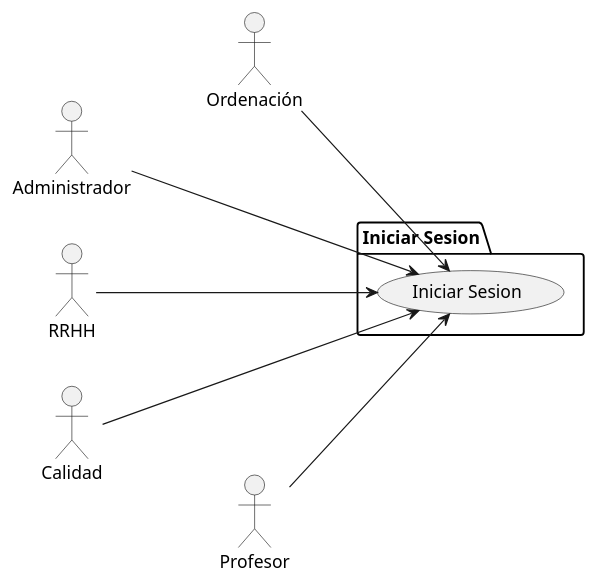
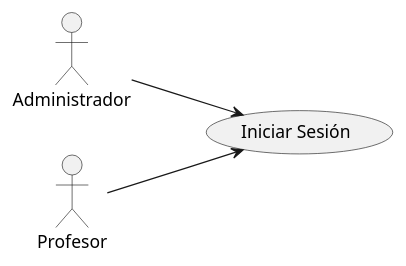
Before and after one commit to mmasias/24-25-IdSw1-SDR: the diagram in modelosUML/CdU/Individuales/IniciarSesion.puml, drawn with PlantUML. The commit also changed 17 other files, not shown here.

Commit message:
Actualizar diagramas de casos de uso para mejorar la claridad y consistencia de los nombres y notas, y eliminar paquetes innecesarios.

```diff
--- a/modelosUML/CdU/Individuales/IniciarSesion.puml
+++ b/modelosUML/CdU/Individuales/IniciarSesion.puml
@@ -1,20 +1,12 @@
 @startuml
 left to right direction
 
-actor "Ordenación" as ord
 actor "Administrador" as admin
-actor "RRHH" as RRHH
-actor "Calidad" as calidad
 actor "Profesor" as profesor
 
-package "Iniciar Sesion" as inicioSesionPackage {
-    usecase "Iniciar Sesion" as inicioSesion
-}
+usecase "Iniciar Sesión" as inicioSesion
 
-ord --> inicioSesion
-admin ---> inicioSesion
-RRHH ---> inicioSesion
-calidad ---> inicioSesion
+admin --> inicioSesion
 profesor --> inicioSesion
 
 @enduml
```
